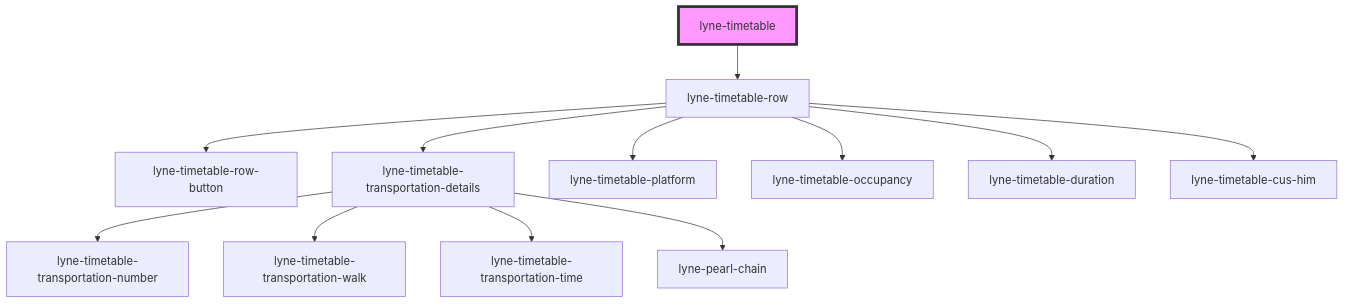
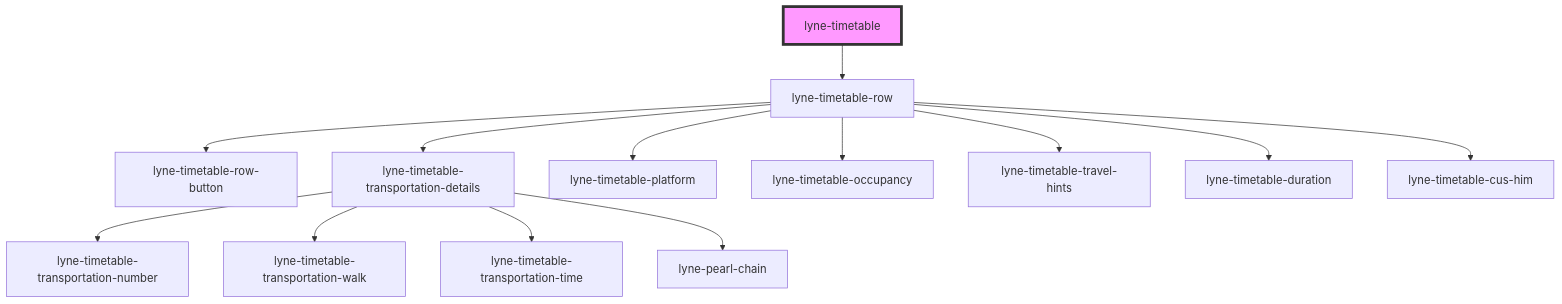
The diagram in src/components/lyne-timetable/readme.md (sbb-design-systems/lyne-components), drawn with Mermaid before and after one commit. The commit also changed 22 other files, not shown here.

Commit message:
feat: is adding lyne-timetable-travel-hints module

````diff
--- a/src/components/lyne-timetable/readme.md
+++ b/src/components/lyne-timetable/readme.md
@@ -22,15 +22,16 @@
 ```mermaid
 graph TD;
   lyne-timetable --> lyne-timetable-row
   lyne-timetable-row --> lyne-timetable-row-button
   lyne-timetable-row --> lyne-timetable-transportation-details
   lyne-timetable-row --> lyne-timetable-platform
   lyne-timetable-row --> lyne-timetable-occupancy
+  lyne-timetable-row --> lyne-timetable-travel-hints
   lyne-timetable-row --> lyne-timetable-duration
   lyne-timetable-row --> lyne-timetable-cus-him
   lyne-timetable-transportation-details --> lyne-timetable-transportation-number
   lyne-timetable-transportation-details --> lyne-timetable-transportation-walk
   lyne-timetable-transportation-details --> lyne-timetable-transportation-time
   lyne-timetable-transportation-details --> lyne-pearl-chain
   style lyne-timetable fill:#f9f,stroke:#333,stroke-width:4px
 ```
````
